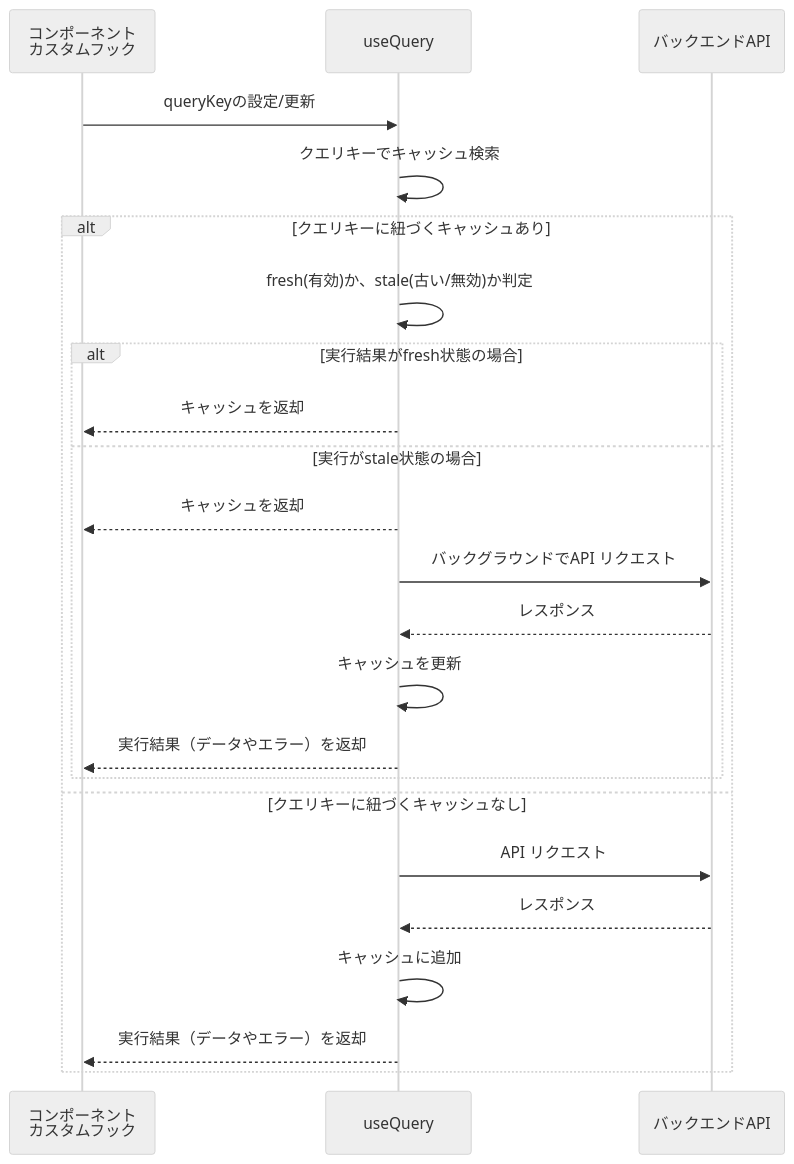
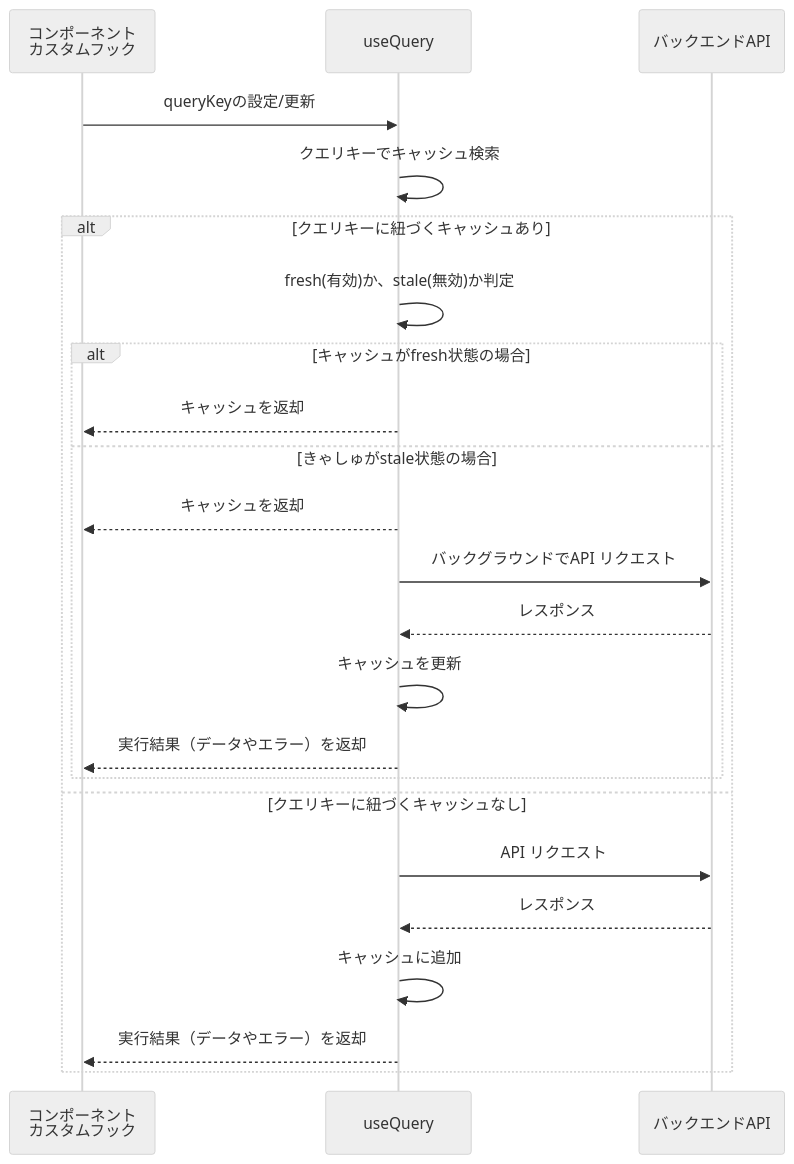
One commit to daisuke0412/react-sample changed the first of 4 diagrams in docs/guide/7.TanstackQuery.md. Above: the diagram before and after it, drawn with Mermaid (neutral theme).

````diff
--- a/docs/guide/7.TanstackQuery.md
+++ b/docs/guide/7.TanstackQuery.md
@@ -164,26 +164,26 @@
 ```mermaid
 sequenceDiagram
   participant Component as コンポーネント<br>カスタムフック
   participant TQ as useQuery
   participant API as バックエンドAPI
 
   Component->>TQ: queryKeyの設定/更新
   TQ->>TQ: クエリキーでキャッシュ検索
   alt クエリキーに紐づくキャッシュあり
-    TQ->>TQ: fresh(有効)か、stale(古い/無効)か判定
-    alt 実行結果がfresh状態の場合
+    TQ->>TQ: fresh(有効)か、stale(無効)か判定
+    alt キャッシュがfresh状態の場合
       TQ-->>Component: キャッシュを返却
-    else 実行がstale状態の場合
+    else きゃしゅがstale状態の場合
       TQ-->>Component: キャッシュを返却
       TQ->>API: バックグラウンドでAPI リクエスト
       API-->>TQ: レスポンス
       TQ->>TQ: キャッシュを更新
       TQ-->>Component: 実行結果（データやエラー）を返却
     end
   else クエリキーに紐づくキャッシュなし
     TQ->>API: API リクエスト
     API-->>TQ: レスポンス
     TQ->>TQ: キャッシュに追加
     TQ-->>Component: 実行結果（データやエラー）を返却
   end
 ```
````
